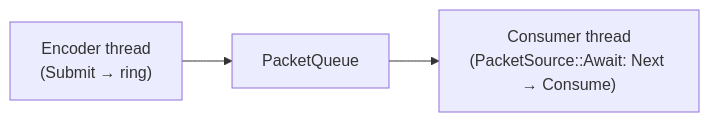
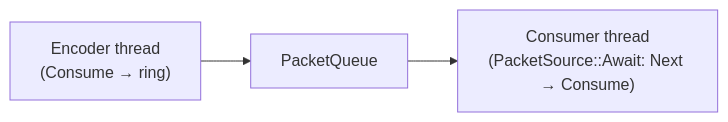
The third of 3 diagrams in codec/doc/architecture/threading.md (oxsource/video_codec), drawn with Mermaid before and after one commit. The commit also changed other lines of this file and 29 other files, not shown here.

````diff
--- a/codec/doc/architecture/threading.md
+++ b/codec/doc/architecture/threading.md
@@ -54,8 +54,8 @@
 ```mermaid
 flowchart LR
-    ET["Encoder thread<br/>(Submit → ring)"]
+    ET["Encoder thread<br/>(Consume → ring)"]
     Q["PacketQueue"]
     CT["Consumer thread<br/>(PacketSource::Await: Next → Consume)"]
     ET --> Q
     Q --> CT
 ```
````
